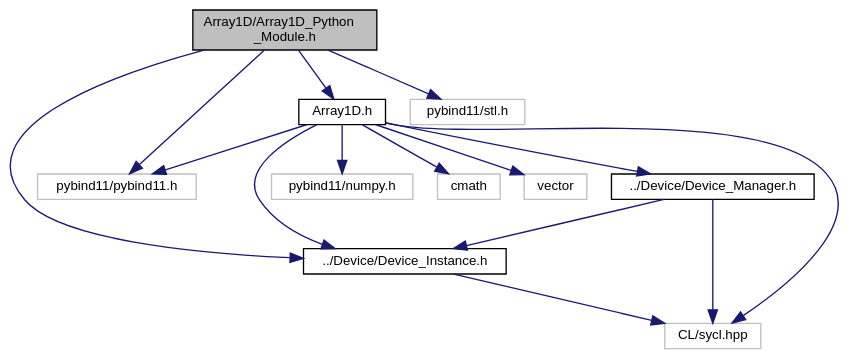
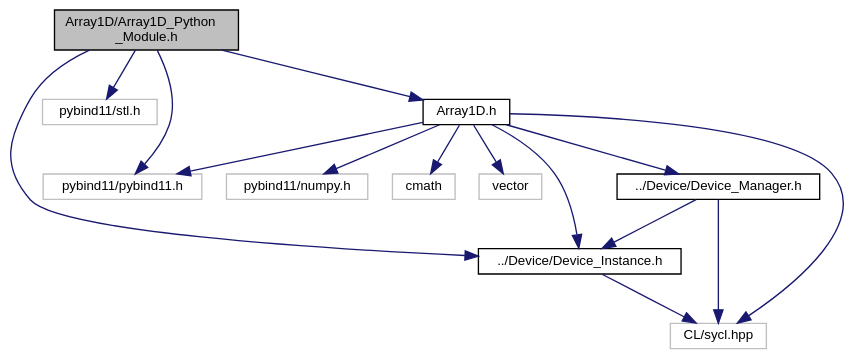
The diagram in docs/PySYCL_doxygen_html/_array1_d___python___module_8h__incl.dot (OsmanAEG/PySYCL), drawn with Graphviz before and after one commit. The commit also changed 160 other files, not shown here.

```diff
--- a/docs/PySYCL_doxygen_html/_array1_d___python___module_8h__incl.dot
+++ b/docs/PySYCL_doxygen_html/_array1_d___python___module_8h__incl.dot
@@ -1,32 +1,32 @@
 digraph "Array1D/Array1D_Python_Module.h"
 {
  // INTERACTIVE_SVG=YES
  // LATEX_PDF_SIZE
   bgcolor="transparent";
   edge [fontname="Helvetica",fontsize="10",labelfontname="Helvetica",labelfontsize="10"];
   node [fontname="Helvetica",fontsize="10",shape=record];
   Node1 [label="Array1D/Array1D_Python\l_Module.h",height=0.2,width=0.4,color="black", fillcolor="grey75", style="filled", fontcolor="black",tooltip="Python module for an array_1d object in PySYCL."];
   Node1 -> Node2 [color="midnightblue",fontsize="10",style="solid",fontname="Helvetica"];
   Node2 [label="pybind11/pybind11.h",height=0.2,width=0.4,color="grey75",tooltip=" "];
   Node1 -> Node3 [color="midnightblue",fontsize="10",style="solid",fontname="Helvetica"];
   Node3 [label="pybind11/stl.h",height=0.2,width=0.4,color="grey75",tooltip=" "];
   Node1 -> Node4 [color="midnightblue",fontsize="10",style="solid",fontname="Helvetica"];
-  Node4 [label="Array1D.h",height=0.2,width=0.4,color="black",URL="$_array1_d_8h.html",tooltip="Array1D in PySYCL."];
+  Node4 [label="../Device/Device_Instance.h",height=0.2,width=0.4,color="black",URL="$_device___instance_8h.html",tooltip="Device instance for device selection in PySYCL."];
   Node4 -> Node5 [color="midnightblue",fontsize="10",style="solid",fontname="Helvetica"];
   Node5 [label="CL/sycl.hpp",height=0.2,width=0.4,color="grey75",tooltip=" "];
-  Node4 -> Node6 [color="midnightblue",fontsize="10",style="solid",fontname="Helvetica"];
-  Node6 [label="pybind11/numpy.h",height=0.2,width=0.4,color="grey75",tooltip=" "];
-  Node4 -> Node2 [color="midnightblue",fontsize="10",style="solid",fontname="Helvetica"];
-  Node4 -> Node7 [color="midnightblue",fontsize="10",style="solid",fontname="Helvetica"];
-  Node7 [label="cmath",height=0.2,width=0.4,color="grey75",tooltip=" "];
-  Node4 -> Node8 [color="midnightblue",fontsize="10",style="solid",fontname="Helvetica"];
-  Node8 [label="vector",height=0.2,width=0.4,color="grey75",tooltip=" "];
-  Node4 -> Node9 [color="midnightblue",fontsize="10",style="solid",fontname="Helvetica"];
-  Node9 [label="../Device/Device_Instance.h",height=0.2,width=0.4,color="black",URL="$_device___instance_8h.html",tooltip="Device instance for device selection in PySYCL."];
-  Node9 -> Node5 [color="midnightblue",fontsize="10",style="solid",fontname="Helvetica"];
-  Node4 -> Node10 [color="midnightblue",fontsize="10",style="solid",fontname="Helvetica"];
+  Node1 -> Node6 [color="midnightblue",fontsize="10",style="solid",fontname="Helvetica"];
+  Node6 [label="Array1D.h",height=0.2,width=0.4,color="black",URL="$_array1_d_8h.html",tooltip="Array1D in PySYCL."];
+  Node6 -> Node5 [color="midnightblue",fontsize="10",style="solid",fontname="Helvetica"];
+  Node6 -> Node7 [color="midnightblue",fontsize="10",style="solid",fontname="Helvetica"];
+  Node7 [label="pybind11/numpy.h",height=0.2,width=0.4,color="grey75",tooltip=" "];
+  Node6 -> Node2 [color="midnightblue",fontsize="10",style="solid",fontname="Helvetica"];
+  Node6 -> Node8 [color="midnightblue",fontsize="10",style="solid",fontname="Helvetica"];
+  Node8 [label="cmath",height=0.2,width=0.4,color="grey75",tooltip=" "];
+  Node6 -> Node9 [color="midnightblue",fontsize="10",style="solid",fontname="Helvetica"];
+  Node9 [label="vector",height=0.2,width=0.4,color="grey75",tooltip=" "];
+  Node6 -> Node4 [color="midnightblue",fontsize="10",style="solid",fontname="Helvetica"];
+  Node6 -> Node10 [color="midnightblue",fontsize="10",style="solid",fontname="Helvetica"];
   Node10 [label="../Device/Device_Manager.h",height=0.2,width=0.4,color="black",URL="$_device___manager_8h.html",tooltip="Device instance for device selection in PySYCL."];
   Node10 -> Node5 [color="midnightblue",fontsize="10",style="solid",fontname="Helvetica"];
-  Node10 -> Node9 [color="midnightblue",fontsize="10",style="solid",fontname="Helvetica"];
-  Node1 -> Node9 [color="midnightblue",fontsize="10",style="solid",fontname="Helvetica"];
+  Node10 -> Node4 [color="midnightblue",fontsize="10",style="solid",fontname="Helvetica"];
 }
```
